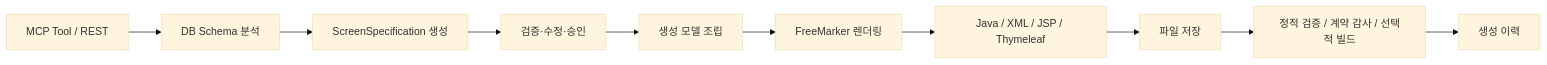
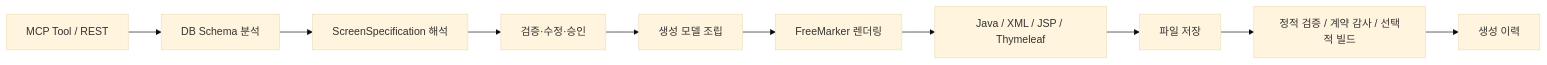
One commit to Jeong-daeseop/springai changed the second of 5 diagrams in docs/architecture/SpringAI_프로젝트_전체_아키텍처_분석.md. Above: the diagram before and after it, drawn with Mermaid (base theme). The commit also changed other lines of this file and 71 other files, not shown here.

````diff
--- a/docs/architecture/SpringAI_프로젝트_전체_아키텍처_분석.md
+++ b/docs/architecture/SpringAI_프로젝트_전체_아키텍처_분석.md
@@ -166,12 +169,12 @@
 ```mermaid
 flowchart LR
     REQUEST["MCP Tool / REST"] --> SCHEMA["DB Schema 분석"]
-    SCHEMA --> SPEC["ScreenSpecification 생성"]
+    SCHEMA --> SPEC["ScreenSpecification 해석"]
     SPEC --> REVIEW["검증·수정·승인"]
     REVIEW --> MODEL["생성 모델 조립"]
     MODEL --> TEMPLATE["FreeMarker 렌더링"]
     TEMPLATE --> OUTPUT["Java / XML / JSP / Thymeleaf"]
     OUTPUT --> SAVE["파일 저장"]
     SAVE --> VERIFY["정적 검증 / 계약 감사 / 선택적 빌드"]
     VERIFY --> HISTORY["생성 이력"]
 ```
````
